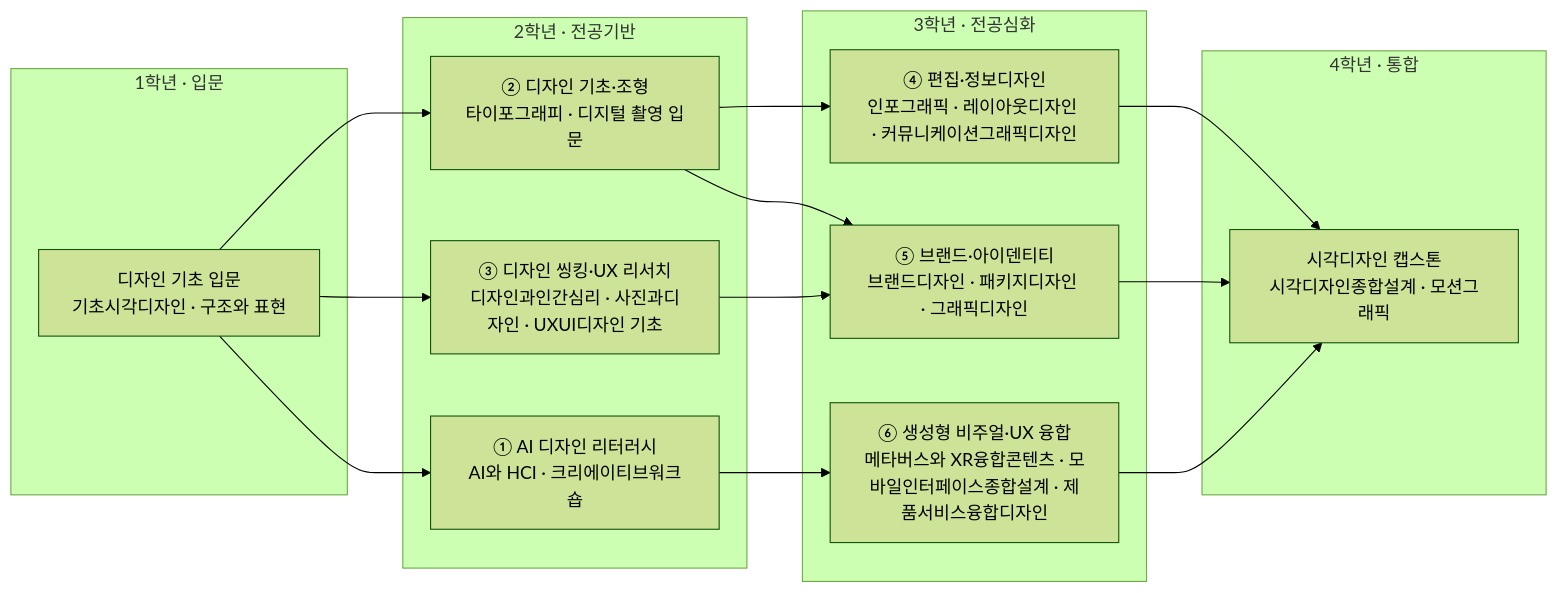
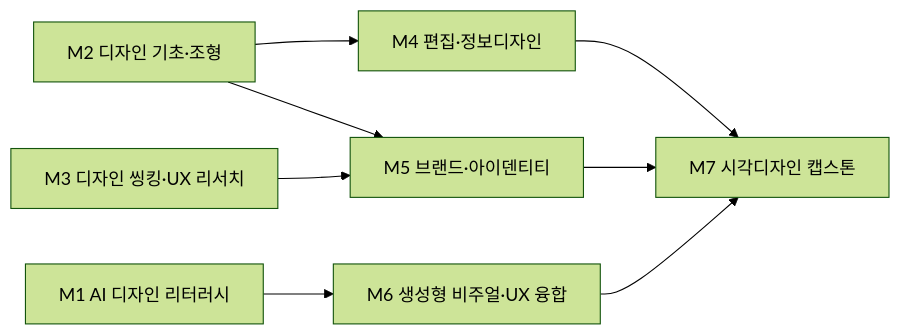
One commit to parclab-hsu/ai-curriculum-2026 changed the diagram in docs/design/visual-design.md. Above: the diagram before and after it, drawn with Mermaid (forest theme). The commit also changed other lines of this file and 22 other files, not shown here.

````diff
--- a/docs/design/visual-design.md
+++ b/docs/design/visual-design.md
@@ -107,29 +119,10 @@
 ```mermaid
 flowchart LR
-  subgraph Y1["1학년 · 입문"]
-    A0["디자인 기초 입문<br/>기초시각디자인 · 구조와 표현"]
-  end
-  subgraph Y2["2학년 · 전공기반"]
-    M1["① AI 디자인 리터러시<br/>AI와 HCI · 크리에이티브워크숍"]
-    M2["② 디자인 기초·조형<br/>타이포그래피 · 디지털 촬영 입문"]
-    M3["③ 디자인 씽킹·UX 리서치<br/>디자인과인간심리 · 사진과디자인 · UXUI디자인 기초"]
-  end
-  subgraph Y3["3학년 · 전공심화"]
-    M4["④ 편집·정보디자인<br/>인포그래픽 · 레이아웃디자인 · 커뮤니케이션그래픽디자인"]
-    M5["⑤ 브랜드·아이덴티티<br/>브랜드디자인 · 패키지디자인 · 그래픽디자인"]
-    M6["⑥ 생성형 비주얼·UX 융합<br/>메타버스와 XR융합콘텐츠 · 모바일인터페이스종합설계 · 제품서비스융합디자인"]
-  end
-  subgraph Y4["4학년 · 통합"]
-    CAP["시각디자인 캡스톤<br/>시각디자인종합설계 · 모션그래픽"]
-  end
-  A0 --> M1
-  A0 --> M2
-  A0 --> M3
-  M2 --> M4
-  M2 --> M5
-  M3 --> M5
-  M1 --> M6
-  M4 --> CAP
+  M2["M2 디자인 기초·조형"] --> M4["M4 편집·정보디자인"]
+  M2 --> M5["M5 브랜드·아이덴티티"]
+  M3["M3 디자인 씽킹·UX 리서치"] --> M5
+  M1["M1 AI 디자인 리터러시"] --> M6["M6 생성형 비주얼·UX 융합"]
+  M4 --> CAP["M7 시각디자인 캡스톤"]
   M5 --> CAP
   M6 --> CAP
 ```
````
